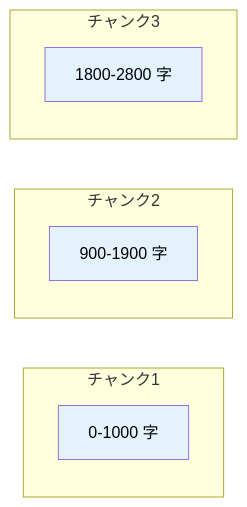
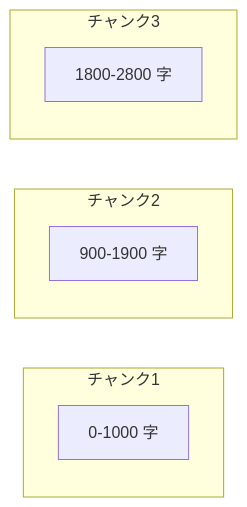
The second of 2 diagrams in docs/techniques/rag-のチャンクサイズを選ぶ基準.md (dinekt/dinekt-wiki), drawn with Mermaid before and after one commit. The commit also changed other lines of this file and 70 other files, not shown here.

First line of the commit message:
fix(mermaid): strip all inline styling, rely on theme

````diff
--- a/docs/techniques/rag-のチャンクサイズを選ぶ基準.md
+++ b/docs/techniques/rag-のチャンクサイズを選ぶ基準.md
@@ -52,16 +49,13 @@
 ```mermaid
 flowchart LR
     subgraph チャンク1
       A[0-1000 字]
     end
     subgraph チャンク2
       B[900-1900 字]
     end
     subgraph チャンク3
       C[1800-2800 字]
     end
 
-    style A fill:#e3f2fd,color:#000
-    style B fill:#e3f2fd,color:#000
-    style C fill:#e3f2fd,color:#000
 ```
````
